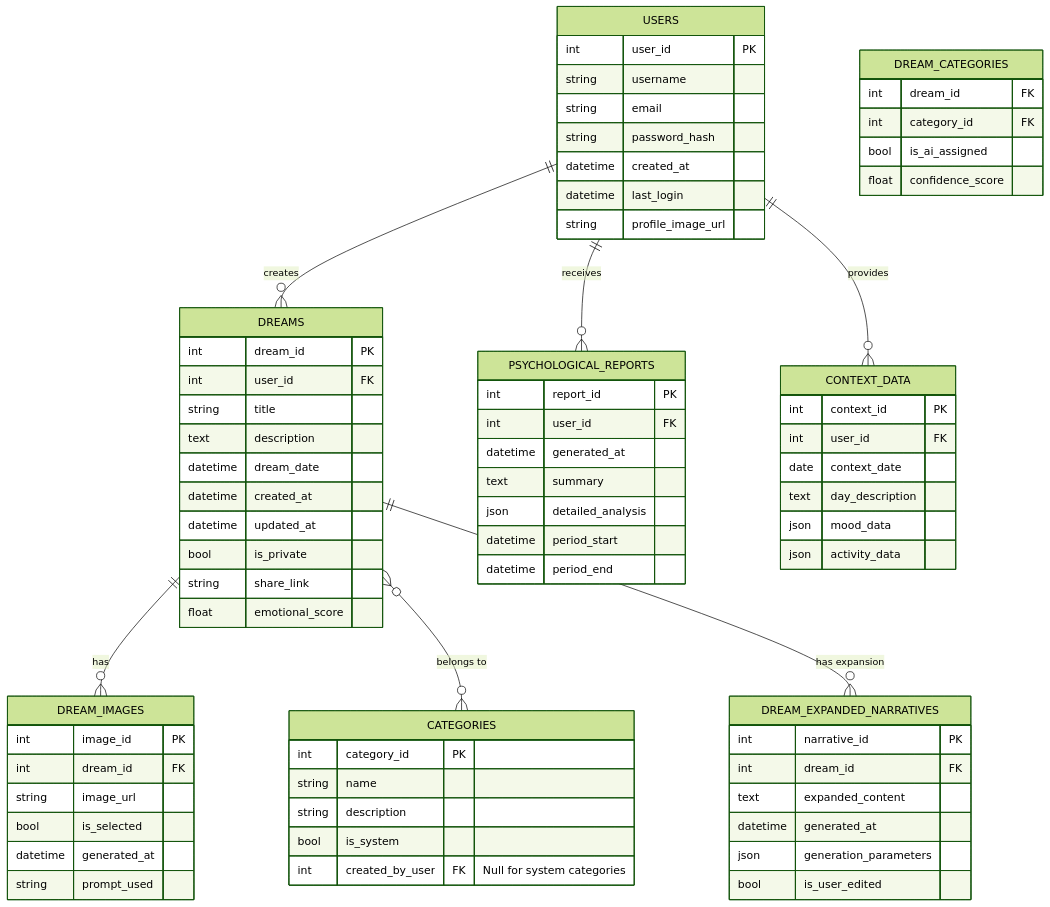
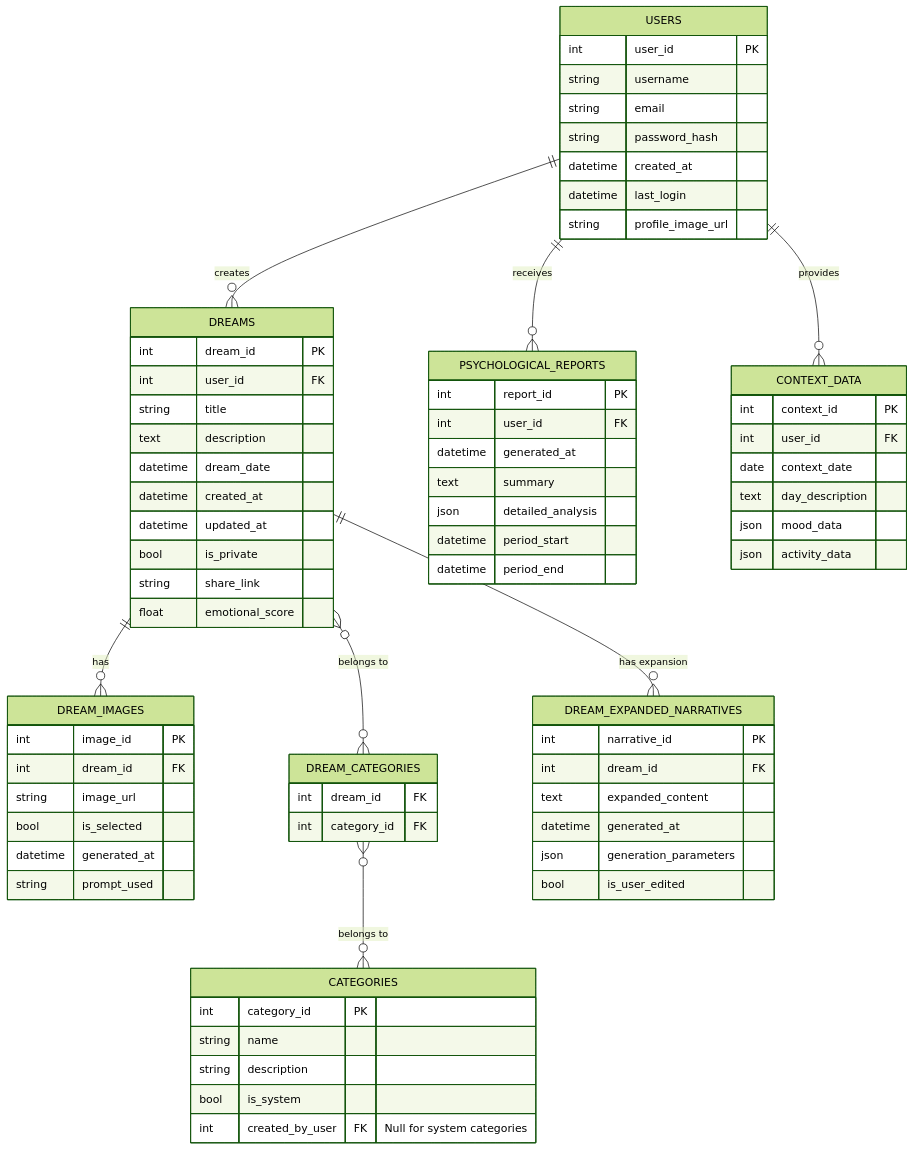
The diagram in README.md (AntonenkoTymofii/DreamsWithAI), drawn with Mermaid (forest theme) before and after one commit.

```diff
--- a/README.md
+++ b/README.md
@@ -45,8 +45,6 @@
     DREAM_CATEGORIES {
         int dream_id FK
         int category_id FK
-        bool is_ai_assigned
-        float confidence_score
     }
     
     PSYCHOLOGICAL_REPORTS {
@@ -79,7 +77,8 @@
     
     USERS ||--o{ DREAMS : "creates"
     DREAMS ||--o{ DREAM_IMAGES : "has"
-    DREAMS }o--o{ CATEGORIES : "belongs to"
+    DREAMS }o--o{ DREAM_CATEGORIES : "belongs to"
+    DREAM_CATEGORIES }o--o{ CATEGORIES : "belongs to"
     USERS ||--o{ PSYCHOLOGICAL_REPORTS : "receives"
     USERS ||--o{ CONTEXT_DATA : "provides"
     DREAMS ||--o{ DREAM_EXPANDED_NARRATIVES : "has expansion"
```
